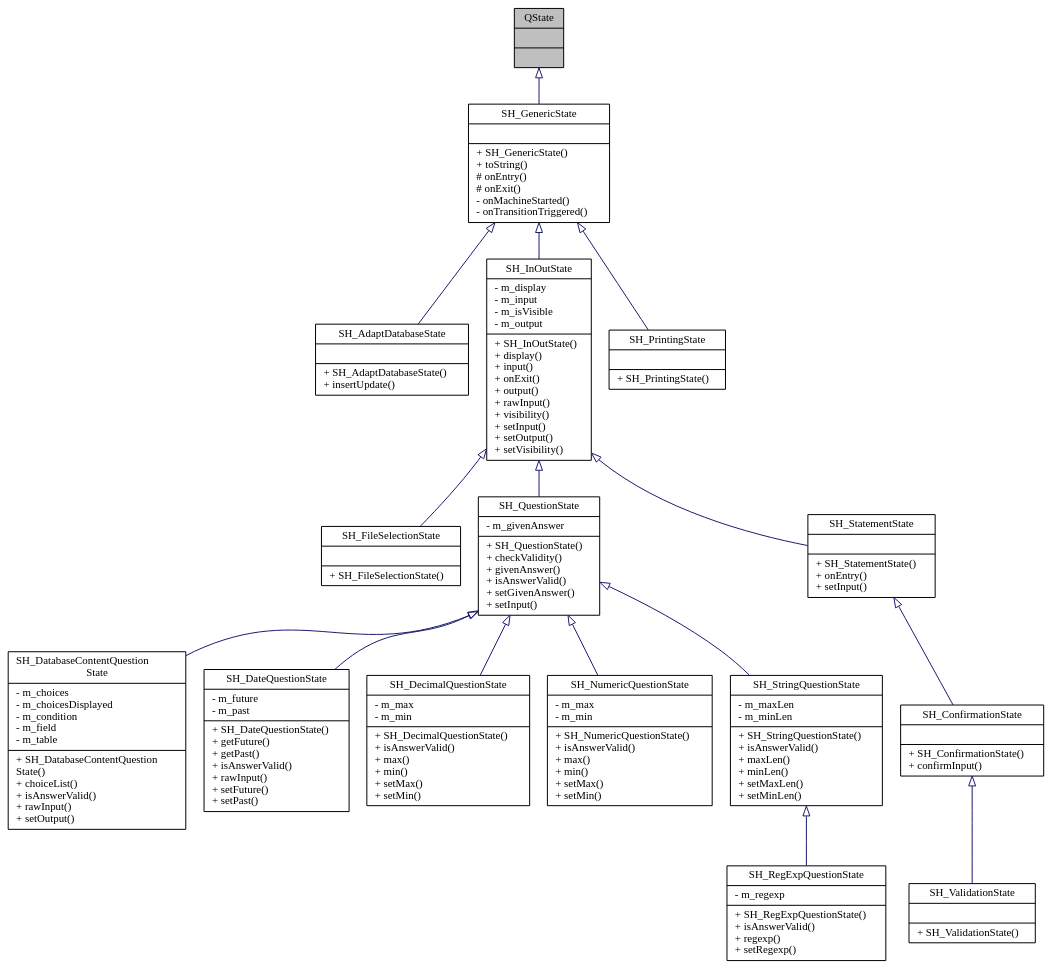
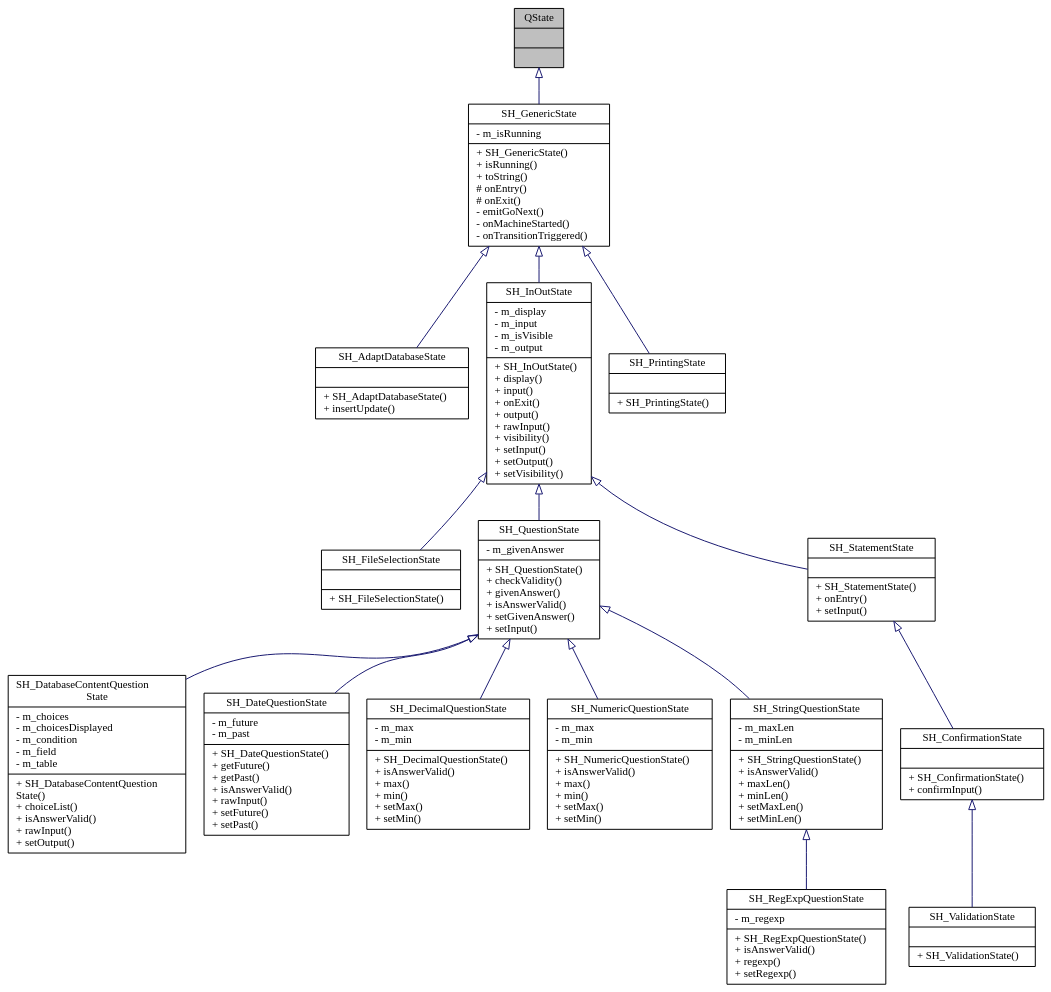
The diagram in PreCheck/doxygen-latex/classQState__inherit__graph.dot (tiffmaelite/hotel-precheck), drawn with Graphviz before and after one commit. The commit also changed 3610 other files, not shown here.

```diff
--- a/PreCheck/doxygen-latex/classQState__inherit__graph.dot
+++ b/PreCheck/doxygen-latex/classQState__inherit__graph.dot
@@ -1,38 +1,38 @@
 digraph "QState"
 {
  // INTERACTIVE_SVG=YES
   bgcolor="transparent";
   edge [fontname="Verdana",fontsize="11",labelfontname="Verdana",labelfontsize="11"];
   node [fontname="Verdana",fontsize="11",shape=record];
   Node1 [label="{QState\n||}",height=0.2,width=0.4,color="black", fillcolor="grey75", style="filled" fontcolor="black"];
   Node1 -> Node2 [dir="back",color="midnightblue",fontsize="11",style="solid",arrowtail="onormal"];
-  Node2 [label="{SH_GenericState\n||+ SH_GenericState()\l+ toString()\l# onEntry()\l# onExit()\l- onMachineStarted()\l- onTransitionTriggered()\l}",height=0.2,width=0.4,color="black",URL="$classSH__GenericState.html"];
+  Node2 [label="{SH_GenericState\n|- m_isRunning\l|+ SH_GenericState()\l+ isRunning()\l+ toString()\l# onEntry()\l# onExit()\l- emitGoNext()\l- onMachineStarted()\l- onTransitionTriggered()\l}",height=0.2,width=0.4,color="black",URL="$classSH__GenericState.html"];
   Node2 -> Node3 [dir="back",color="midnightblue",fontsize="11",style="solid",arrowtail="onormal"];
   Node3 [label="{SH_AdaptDatabaseState\n||+ SH_AdaptDatabaseState()\l+ insertUpdate()\l}",height=0.2,width=0.4,color="black",URL="$classSH__AdaptDatabaseState.html"];
   Node2 -> Node4 [dir="back",color="midnightblue",fontsize="11",style="solid",arrowtail="onormal"];
   Node4 [label="{SH_InOutState\n|- m_display\l- m_input\l- m_isVisible\l- m_output\l|+ SH_InOutState()\l+ display()\l+ input()\l+ onExit()\l+ output()\l+ rawInput()\l+ visibility()\l+ setInput()\l+ setOutput()\l+ setVisibility()\l}",height=0.2,width=0.4,color="black",URL="$classSH__InOutState.html"];
   Node4 -> Node5 [dir="back",color="midnightblue",fontsize="11",style="solid",arrowtail="onormal"];
   Node5 [label="{SH_FileSelectionState\n||+ SH_FileSelectionState()\l}",height=0.2,width=0.4,color="black",URL="$classSH__FileSelectionState.html",tooltip="The SH_FileSelectionState class. "];
   Node4 -> Node6 [dir="back",color="midnightblue",fontsize="11",style="solid",arrowtail="onormal"];
   Node6 [label="{SH_QuestionState\n|- m_givenAnswer\l|+ SH_QuestionState()\l+ checkValidity()\l+ givenAnswer()\l+ isAnswerValid()\l+ setGivenAnswer()\l+ setInput()\l}",height=0.2,width=0.4,color="black",URL="$classSH__QuestionState.html"];
   Node6 -> Node7 [dir="back",color="midnightblue",fontsize="11",style="solid",arrowtail="onormal"];
   Node7 [label="{SH_DatabaseContentQuestion\lState\n|- m_choices\l- m_choicesDisplayed\l- m_condition\l- m_field\l- m_table\l|+ SH_DatabaseContentQuestion\lState()\l+ choiceList()\l+ isAnswerValid()\l+ rawInput()\l+ setOutput()\l}",height=0.2,width=0.4,color="black",URL="$classSH__DatabaseContentQuestionState.html"];
   Node6 -> Node8 [dir="back",color="midnightblue",fontsize="11",style="solid",arrowtail="onormal"];
   Node8 [label="{SH_DateQuestionState\n|- m_future\l- m_past\l|+ SH_DateQuestionState()\l+ getFuture()\l+ getPast()\l+ isAnswerValid()\l+ rawInput()\l+ setFuture()\l+ setPast()\l}",height=0.2,width=0.4,color="black",URL="$classSH__DateQuestionState.html"];
   Node6 -> Node9 [dir="back",color="midnightblue",fontsize="11",style="solid",arrowtail="onormal"];
   Node9 [label="{SH_DecimalQuestionState\n|- m_max\l- m_min\l|+ SH_DecimalQuestionState()\l+ isAnswerValid()\l+ max()\l+ min()\l+ setMax()\l+ setMin()\l}",height=0.2,width=0.4,color="black",URL="$classSH__DecimalQuestionState.html"];
   Node6 -> Node10 [dir="back",color="midnightblue",fontsize="11",style="solid",arrowtail="onormal"];
   Node10 [label="{SH_NumericQuestionState\n|- m_max\l- m_min\l|+ SH_NumericQuestionState()\l+ isAnswerValid()\l+ max()\l+ min()\l+ setMax()\l+ setMin()\l}",height=0.2,width=0.4,color="black",URL="$classSH__NumericQuestionState.html"];
   Node6 -> Node11 [dir="back",color="midnightblue",fontsize="11",style="solid",arrowtail="onormal"];
   Node11 [label="{SH_StringQuestionState\n|- m_maxLen\l- m_minLen\l|+ SH_StringQuestionState()\l+ isAnswerValid()\l+ maxLen()\l+ minLen()\l+ setMaxLen()\l+ setMinLen()\l}",height=0.2,width=0.4,color="black",URL="$classSH__StringQuestionState.html"];
   Node11 -> Node12 [dir="back",color="midnightblue",fontsize="11",style="solid",arrowtail="onormal"];
   Node12 [label="{SH_RegExpQuestionState\n|- m_regexp\l|+ SH_RegExpQuestionState()\l+ isAnswerValid()\l+ regexp()\l+ setRegexp()\l}",height=0.2,width=0.4,color="black",URL="$classSH__RegExpQuestionState.html",tooltip="The SH_RegExpQuestionState class. "];
   Node4 -> Node13 [dir="back",color="midnightblue",fontsize="11",style="solid",arrowtail="onormal"];
   Node13 [label="{SH_StatementState\n||+ SH_StatementState()\l+ onEntry()\l+ setInput()\l}",height=0.2,width=0.4,color="black",URL="$classSH__StatementState.html"];
   Node13 -> Node14 [dir="back",color="midnightblue",fontsize="11",style="solid",arrowtail="onormal"];
   Node14 [label="{SH_ConfirmationState\n||+ SH_ConfirmationState()\l+ confirmInput()\l}",height=0.2,width=0.4,color="black",URL="$classSH__ConfirmationState.html",tooltip="La class ConfirmationState représente un état dans lequel le système attend que l&#39;utilisateur appuie ..."];
   Node14 -> Node15 [dir="back",color="midnightblue",fontsize="11",style="solid",arrowtail="onormal"];
   Node15 [label="{SH_ValidationState\n||+ SH_ValidationState()\l}",height=0.2,width=0.4,color="black",URL="$classSH__ValidationState.html"];
   Node2 -> Node16 [dir="back",color="midnightblue",fontsize="11",style="solid",arrowtail="onormal"];
   Node16 [label="{SH_PrintingState\n||+ SH_PrintingState()\l}",height=0.2,width=0.4,color="black",URL="$classSH__PrintingState.html"];
 }
```
